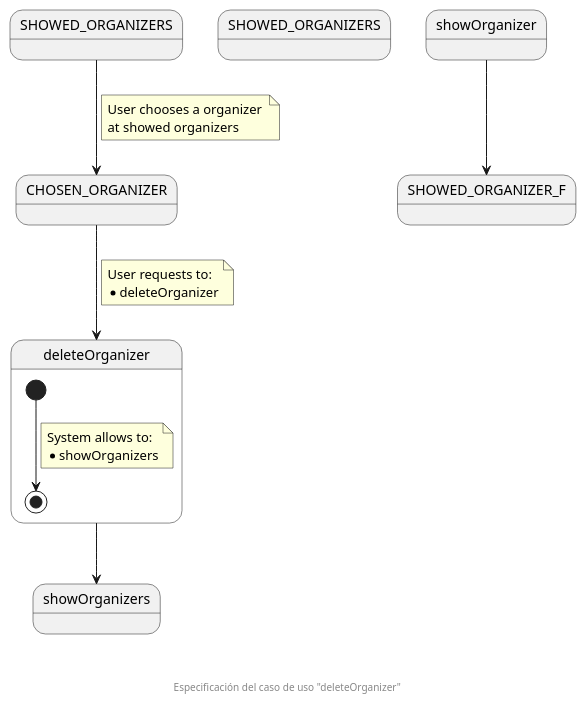
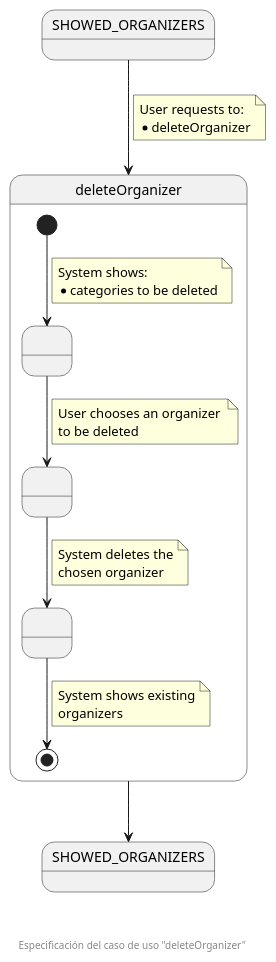
One commit to zuldare/mastercloud_pfm_halterocms changed the diagram in documentation/diagrams/1_requirements/3_useCasesSpecification/organizationSecretary/08_deleteOrganizer.puml. Above: the diagram before and after it, drawn with PlantUML.

Commit message:
Improve deleteOrganizer use case specification

```diff
--- a/documentation/diagrams/1_requirements/3_useCasesSpecification/organizationSecretary/08_deleteOrganizer.puml
+++ b/documentation/diagrams/1_requirements/3_useCasesSpecification/organizationSecretary/08_deleteOrganizer.puml
@@ -1,32 +1,45 @@
 @startuml
 state SHOWED_ORGANIZERS
-state CHOSEN_ORGANIZER
 
 state deleteOrganizer {
-  [*] --> [*]
+  state " " as SHOWED_ORGANIZERS_TO_BE_DELETED
+  state " " as CHOSEN_ORGANIZER
+  state " " as ORGANIZER_DELETED
+
+  [*] --> SHOWED_ORGANIZERS_TO_BE_DELETED
   note on link
-    System allows to:
-    * showOrganizers
+    System shows:
+    * categories to be deleted
+  end note
+  
+  SHOWED_ORGANIZERS_TO_BE_DELETED --> CHOSEN_ORGANIZER
+  note on link
+    User chooses an organizer 
+    to be deleted
+  end note
+
+  CHOSEN_ORGANIZER --> ORGANIZER_DELETED
+  note on link
+    System deletes the
+    chosen organizer
+  end note
+
+  ORGANIZER_DELETED --> [*]
+  note on link
+    System shows existing
+    organizers
   end note
 }
 
-state showOrganizers
 state "SHOWED_ORGANIZERS" as SHOWED_ORGANIZERS_F
 
-SHOWED_ORGANIZERS --> CHOSEN_ORGANIZER
-note on link
-  User chooses a organizer 
-  at showed organizers
-end note
-
-CHOSEN_ORGANIZER --> deleteOrganizer
+SHOWED_ORGANIZERS --> deleteOrganizer
 note on link
   User requests to:
   * deleteOrganizer
 end note
 
-deleteOrganizer --> showOrganizers
-showOrganizer --> SHOWED_ORGANIZER_F
+deleteOrganizer --> SHOWED_ORGANIZERS_F
 
 footer \n\n\n Especificación del caso de uso "deleteOrganizer"
 @enduml
```
